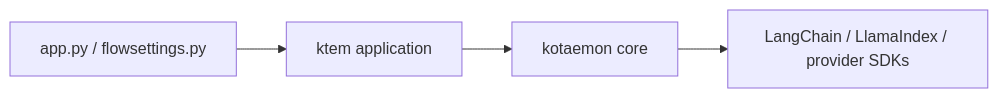
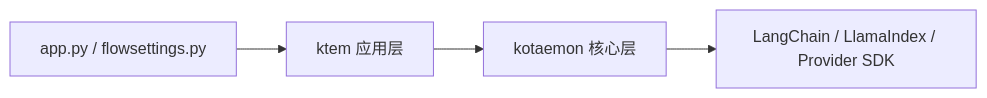
One commit to SwartzMss/knowledge-assistant changed the diagram in docs/development/codebase-map.md. Above: the diagram before and after it, drawn with Mermaid. The commit also changed other lines of this file and 10 other files, not shown here.

````diff
--- a/docs/development/codebase-map.md
+++ b/docs/development/codebase-map.md
@@ -66,6 +55,6 @@
 ```mermaid
 flowchart LR
-    Entry["app.py / flowsettings.py"] --> Ktem["ktem application"]
-    Ktem --> Kotaemon["kotaemon core"]
-    Kotaemon --> Frameworks["LangChain / LlamaIndex / provider SDKs"]
+    Entry["app.py / flowsettings.py"] --> Ktem["ktem 应用层"]
+    Ktem --> Kotaemon["kotaemon 核心层"]
+    Kotaemon --> Frameworks["LangChain / LlamaIndex / Provider SDK"]
 ```
````
